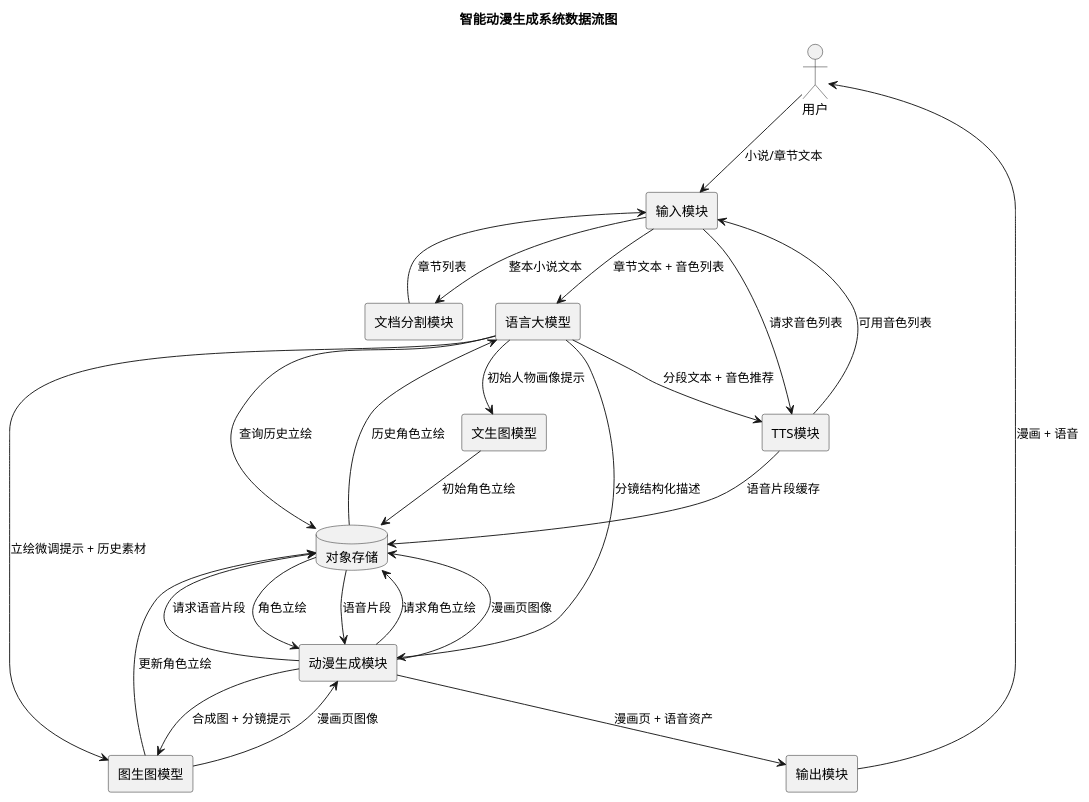
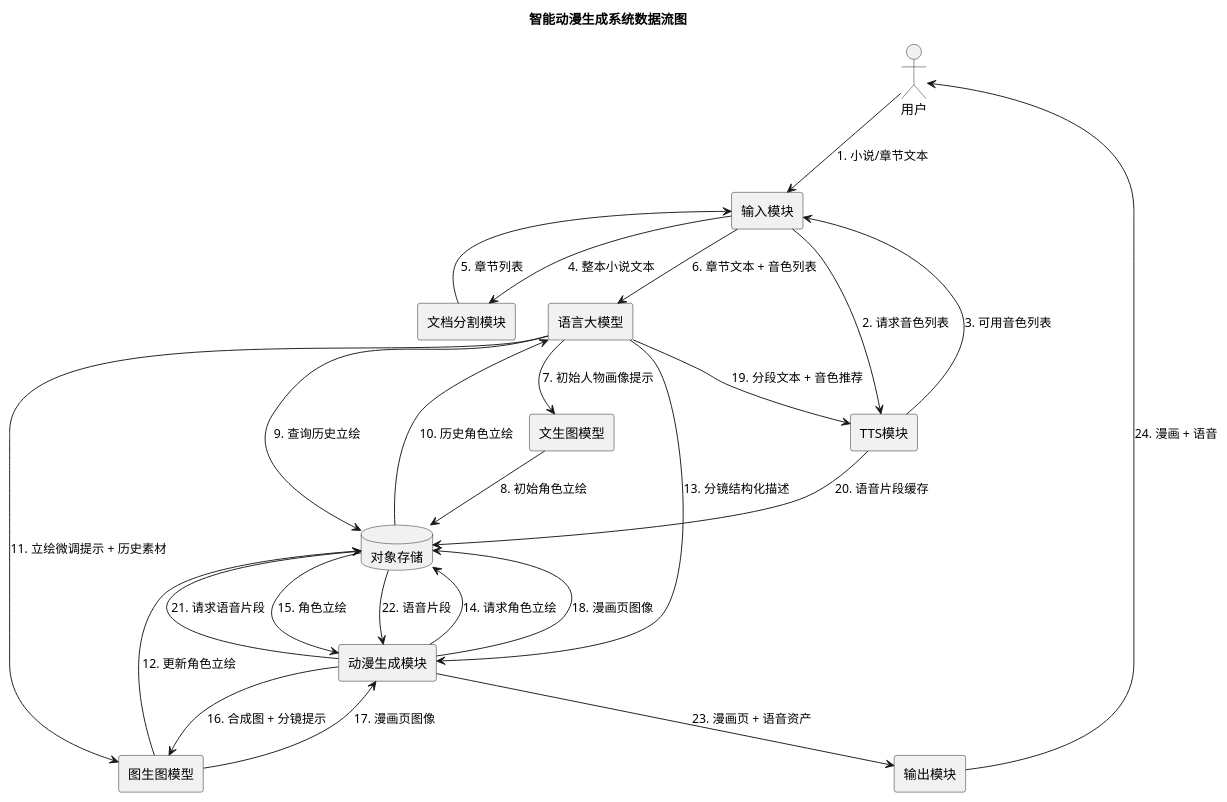
The diagram in docs/data-flow-diagram.puml (cohesion-dev/GNX), drawn with PlantUML before and after one commit. The commit also changed 1 other file, not shown here.

Commit message:
📝 docs: 添加流程图方向设置，为数据流图添加步骤编号，并新增用例图文档

```diff
--- a/docs/data-flow-diagram.puml
+++ b/docs/data-flow-diagram.puml
@@ -1,44 +1,46 @@
 @startuml 数据流图
 title 智能动漫生成系统数据流图
+
+top to bottom direction
 
 actor 用户 as User
 rectangle "输入模块" as Input
 rectangle "文档分割模块" as DocSplit
 rectangle "语言大模型" as LLM
 rectangle "文生图模型" as Text2Img
 rectangle "图生图模型" as Img2Img
 rectangle "TTS模块" as TTS
 database "对象存储" as Storage
 rectangle "动漫生成模块" as ComicGen
 rectangle "输出模块" as Output
 
-User --> Input : 小说/章节文本
-Input --> TTS : 请求音色列表
-TTS --> Input : 可用音色列表
-Input --> DocSplit : 整本小说文本
-DocSplit --> Input : 章节列表
-Input --> LLM : 章节文本 + 音色列表
+User --> Input : 1. 小说/章节文本
+Input --> TTS : 2. 请求音色列表
+TTS --> Input : 3. 可用音色列表
+Input --> DocSplit : 4. 整本小说文本
+DocSplit --> Input : 5. 章节列表
+Input --> LLM : 6. 章节文本 + 音色列表
 
-LLM --> Text2Img : 初始人物画像提示
-Text2Img --> Storage : 初始角色立绘
-LLM --> Storage : 查询历史立绘
-Storage --> LLM : 历史角色立绘
-LLM --> Img2Img : 立绘微调提示 + 历史素材
-Img2Img --> Storage : 更新角色立绘
+LLM --> Text2Img : 7. 初始人物画像提示
+Text2Img --> Storage : 8. 初始角色立绘
+LLM --> Storage : 9. 查询历史立绘
+Storage --> LLM : 10. 历史角色立绘
+LLM --> Img2Img : 11. 立绘微调提示 + 历史素材
+Img2Img --> Storage : 12. 更新角色立绘
 
-LLM --> ComicGen : 分镜结构化描述
-ComicGen --> Storage : 请求角色立绘
-Storage --> ComicGen : 角色立绘
-ComicGen --> Img2Img : 合成图 + 分镜提示
-Img2Img --> ComicGen : 漫画页图像
-ComicGen --> Storage : 漫画页图像
+LLM --> ComicGen : 13. 分镜结构化描述
+ComicGen --> Storage : 14. 请求角色立绘
+Storage --> ComicGen : 15. 角色立绘
+ComicGen --> Img2Img : 16. 合成图 + 分镜提示
+Img2Img --> ComicGen : 17. 漫画页图像
+ComicGen --> Storage : 18. 漫画页图像
 
-LLM --> TTS : 分段文本 + 音色推荐
-TTS --> Storage : 语音片段缓存
-ComicGen --> Storage : 请求语音片段
-Storage --> ComicGen : 语音片段
+LLM --> TTS : 19. 分段文本 + 音色推荐
+TTS --> Storage : 20. 语音片段缓存
+ComicGen --> Storage : 21. 请求语音片段
+Storage --> ComicGen : 22. 语音片段
 
-ComicGen --> Output : 漫画页 + 语音资产
-Output --> User : 漫画 + 语音
+ComicGen --> Output : 23. 漫画页 + 语音资产
+Output --> User : 24. 漫画 + 语音
 
 @enduml
```
